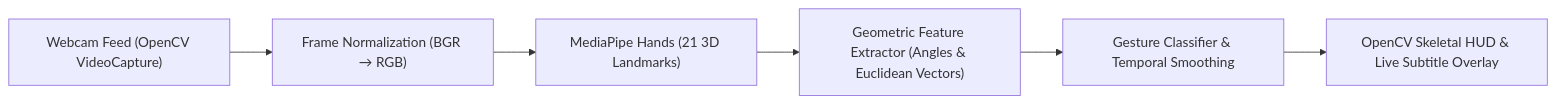
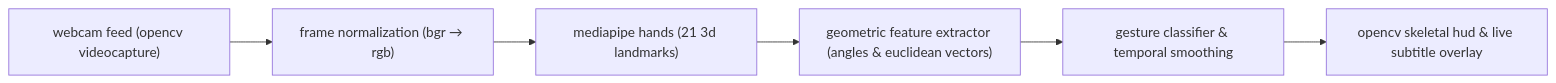
The diagram in README.md (nnickahh/signbridge), drawn with Mermaid before and after one commit. The commit also changed other lines of this file, not shown here.

````diff
--- a/README.md
+++ b/README.md
@@ -14,8 +14,8 @@
 ```mermaid
 flowchart LR
-    Cam["Webcam Feed (OpenCV VideoCapture)"] --> Pre["Frame Normalization (BGR → RGB)"]
-    Pre --> MP["MediaPipe Hands (21 3D Landmarks)"]
-    MP --> Feat["Geometric Feature Extractor (Angles & Euclidean Vectors)"]
-    Feat --> Clf["Gesture Classifier & Temporal Smoothing"]
-    Clf --> HUD["OpenCV Skeletal HUD & Live Subtitle Overlay"]
+    Cam["webcam feed (opencv videocapture)"] --> Pre["frame normalization (bgr → rgb)"]
+    Pre --> MP["mediapipe hands (21 3d landmarks)"]
+    MP --> Feat["geometric feature extractor (angles & euclidean vectors)"]
+    Feat --> Clf["gesture classifier & temporal smoothing"]
+    Clf --> HUD["opencv skeletal hud & live subtitle overlay"]
 ```
````
